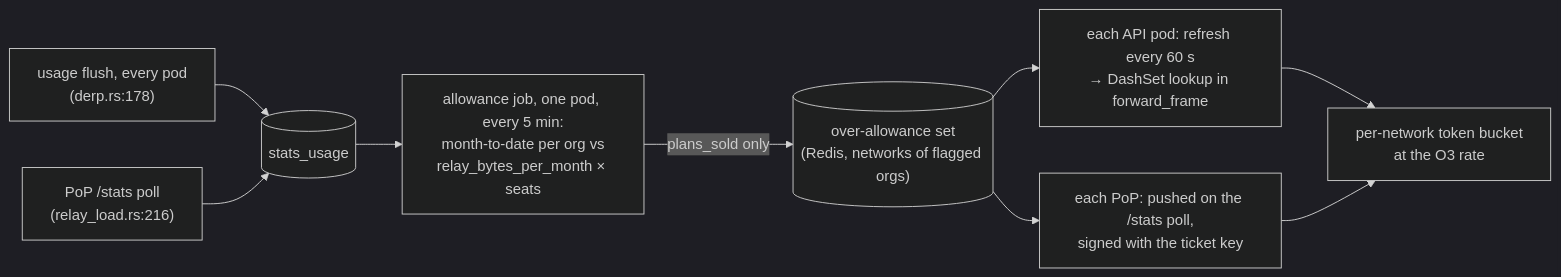
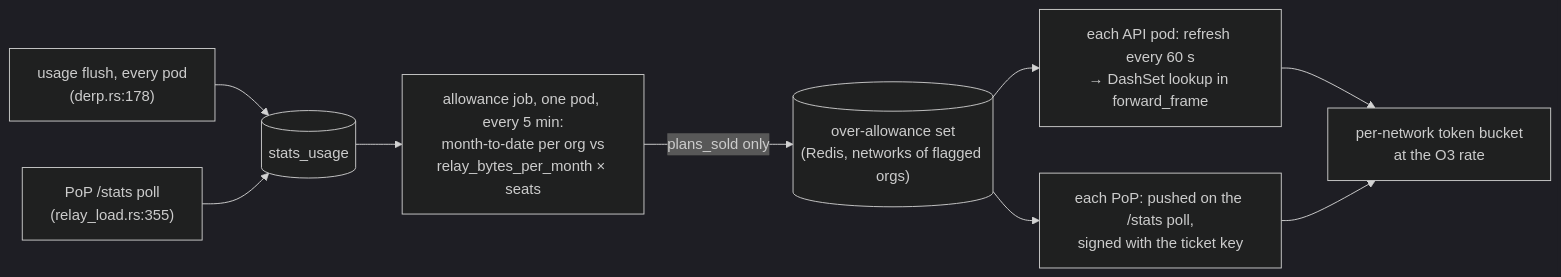
One commit to gjovanov/roomler-ai changed the fourth of 5 diagrams in docs/fr/FR-115-pricing-reshape.md. Above: the diagram before and after it, drawn with Mermaid (dark theme). The commit also changed 1 other file, not shown here.

Commit message:
fix(fr-115): push the allowance set only to relays that take it
The API pushed the over-allowance set to every `/stats` endpoint it
polls. Since the throttle went on (2026-10-21), every poll on both pods
logged a 405 from the central region's three stats endpoints. Those are
the coturn workers' host exporters, not derp-relays.

Now an endpoint is pushed to only if its last answered `GET /stats`
reported an `allowance` object. A derp-relay since P4a-2 does; a host
exporter or an older PoP does not. The push moved after the GETs, so
even the first poll knows the takers. An endpoint that did not answer
keeps its last known state.

- `takes_allowance_push` and `allowance_push_targets` are pure, and each
  has a unit test (roomler-core's lib tests run in CI).
- The FR-115 spec's mermaid anchor for "PoP /stats poll" pointed inside
  the push (`:216`). It now points at the poll's GET (`:355`).

Part of FR-115 (#2557).

Claude-Session: https://claude.ai/code/session_01PST8QMMt2S2d7Ukq7M3A6P

````diff
--- a/docs/fr/FR-115-pricing-reshape.md
+++ b/docs/fr/FR-115-pricing-reshape.md
@@ -351,10 +351,10 @@
 ```mermaid
 flowchart LR
     FL["usage flush, every pod<br/>(derp.rs:178)"] --> L[("stats_usage")]
-    PP["PoP /stats poll<br/>(relay_load.rs:216)"] --> L
+    PP["PoP /stats poll<br/>(relay_load.rs:355)"] --> L
     L --> J["allowance job, one pod, every 5 min:<br/>month-to-date per org vs<br/>relay_bytes_per_month × seats"]
     J -->|plans_sold only| S[("over-allowance set<br/>(Redis, networks of flagged orgs)")]
     S --> A["each API pod: refresh every 60 s<br/>→ DashSet lookup in forward_frame"]
     S --> P["each PoP: pushed on the /stats poll,<br/>signed with the ticket key"]
     A & P --> TB["per-network token bucket<br/>at the O3 rate"]
 ```
````
